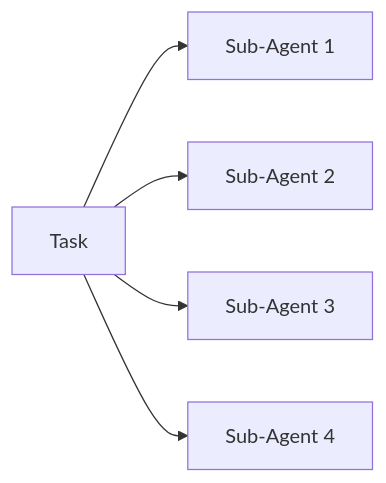
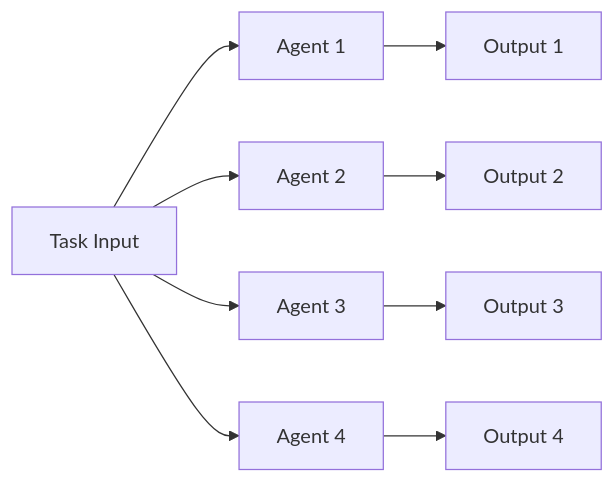
The third of 23 diagrams in docs/swarms/concept/swarm_architectures.md (kyegomez/swarms), drawn with Mermaid before and after one commit. The commit also changed other lines of this file, not shown here.

Commit message:
what are multi agent architectures?

````diff
--- a/docs/swarms/concept/swarm_architectures.md
+++ b/docs/swarms/concept/swarm_architectures.md
@@ -77,7 +133,11 @@
 ```mermaid
 graph LR
-    A[Task] --> B1[Sub-Agent 1]
-    A --> B2[Sub-Agent 2]
-    A --> B3[Sub-Agent 3]
-    A --> B4[Sub-Agent 4]
+    A[Task Input] --> B1[Agent 1]
+    A --> B2[Agent 2]
+    A --> B3[Agent 3]
+    A --> B4[Agent 4]
+    B1 --> C1[Output 1]
+    B2 --> C2[Output 2]
+    B3 --> C3[Output 3]
+    B4 --> C4[Output 4]
 ```
````
